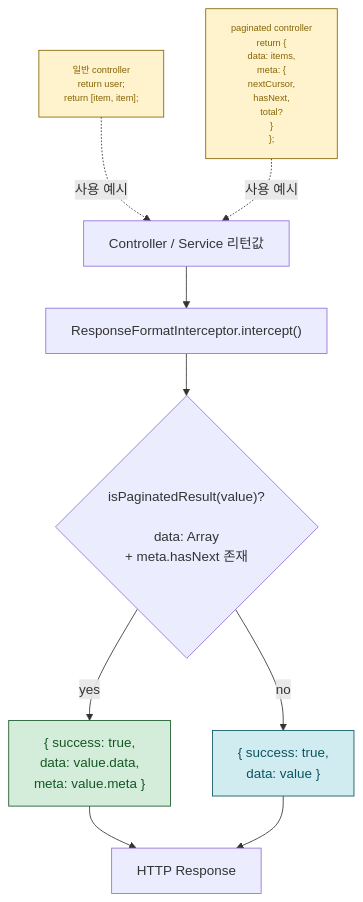
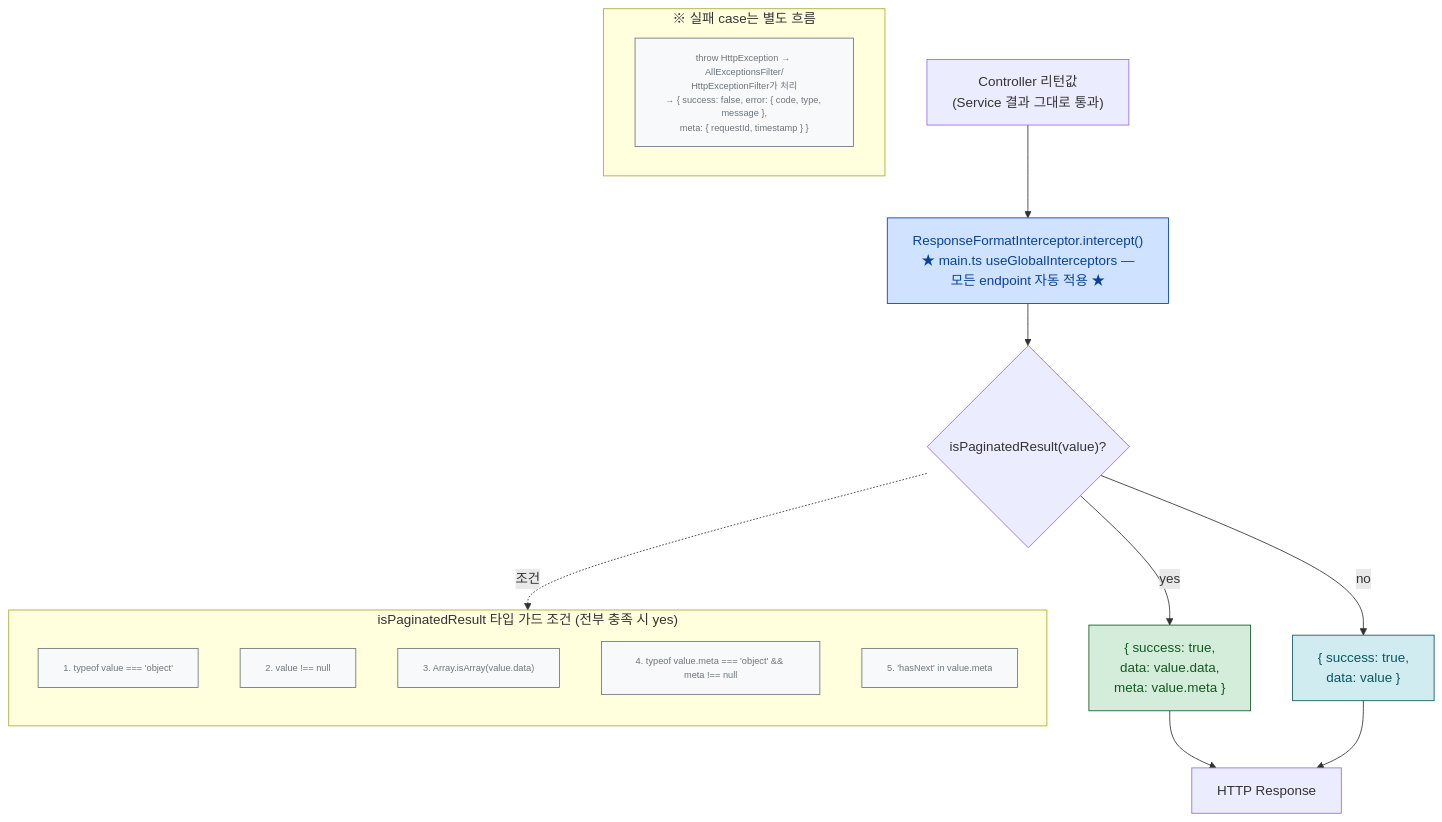
The diagram in docs/architecture/paginated-result.mmd (Wara-by-Gara/Wara), drawn with Mermaid before and after one commit. The commit also changed 1 other file, not shown here.

Commit message:
docs(architecture): paginated-result 다이어그램 명확화
내부 정밀 검토 후 보완.

- ResponseFormatInterceptor가 main.ts useGlobalInterceptors 글로벌
  등록임을 명시 (모든 endpoint 자동 적용)
- isPaginatedResult 타입 가드 5단계 조건을 모두 풀어쓰기:
  typeof object + !null + Array.isArray(data) + meta object + !null
  + 'hasNext' in meta
- 실패 case는 AllExceptionsFilter / HttpExceptionFilter가 별도로
  { success: false, error, meta } 처리한다는 점 note 추가

```diff
--- a/docs/architecture/paginated-result.mmd
+++ b/docs/architecture/paginated-result.mmd
@@ -1,19 +1,32 @@
 flowchart TD
-    A["Controller / Service 리턴값"] --> B["ResponseFormatInterceptor.intercept()"]
-    B --> C{"isPaginatedResult(value)?<br/><br/>data: Array<br/>+ meta.hasNext 존재"}
+    Ctrl["Controller 리턴값<br/>(Service 결과 그대로 통과)"] --> Interceptor["ResponseFormatInterceptor.intercept()<br/>★ main.ts useGlobalInterceptors —<br/>모든 endpoint 자동 적용 ★"]
+    Interceptor --> Check{"isPaginatedResult(value)?"}
 
-    C -- yes --> D["{ success: true,<br/>data: value.data,<br/>meta: value.meta }"]
-    C -- no --> E["{ success: true,<br/>data: value }"]
+    Check -- yes --> Pag["{ success: true,<br/>data: value.data,<br/>meta: value.meta }"]
+    Check -- no --> Single["{ success: true,<br/>data: value }"]
 
-    D --> F["HTTP Response"]
-    E --> F
+    Pag --> HTTP[HTTP Response]
+    Single --> HTTP
 
-    G["일반 controller<br/>return user;<br/>return [item, item];"] -.사용 예시.-> A
-    H["paginated controller<br/>return {<br/>  data: items,<br/>  meta: {<br/>    nextCursor,<br/>    hasNext,<br/>    total?<br/>  }<br/>};"] -.사용 예시.-> A
+    subgraph TypeGuard ["isPaginatedResult 타입 가드 조건 (전부 충족 시 yes)"]
+        direction TB
+        C1["1. typeof value === 'object'"]
+        C2["2. value !== null"]
+        C3["3. Array.isArray(value.data)"]
+        C4["4. typeof value.meta === 'object' && meta !== null"]
+        C5["5. 'hasNext' in value.meta"]
+    end
+    Check -.조건.-> TypeGuard
 
-    classDef paginated fill:#d4edda,stroke:#155724,color:#155724
+    subgraph FailureNote ["※ 실패 case는 별도 흐름"]
+        F["throw HttpException → AllExceptionsFilter/<br/>HttpExceptionFilter가 처리<br/>→ { success: false, error: { code, type, message },<br/>meta: { requestId, timestamp } }"]
+    end
+
+    classDef pag fill:#d4edda,stroke:#155724,color:#155724
     classDef single fill:#d1ecf1,stroke:#0c5460,color:#0c5460
-    classDef example fill:#fff3cd,stroke:#856404,color:#856404,font-size:11px
-    class D paginated
-    class E single
-    class G,H example
+    classDef global fill:#cfe2ff,stroke:#084298,color:#084298
+    classDef note fill:#f8f9fa,stroke:#6c757d,color:#6c757d,font-size:11px
+    class Pag pag
+    class Single single
+    class Interceptor global
+    class C1,C2,C3,C4,C5,F note
```
